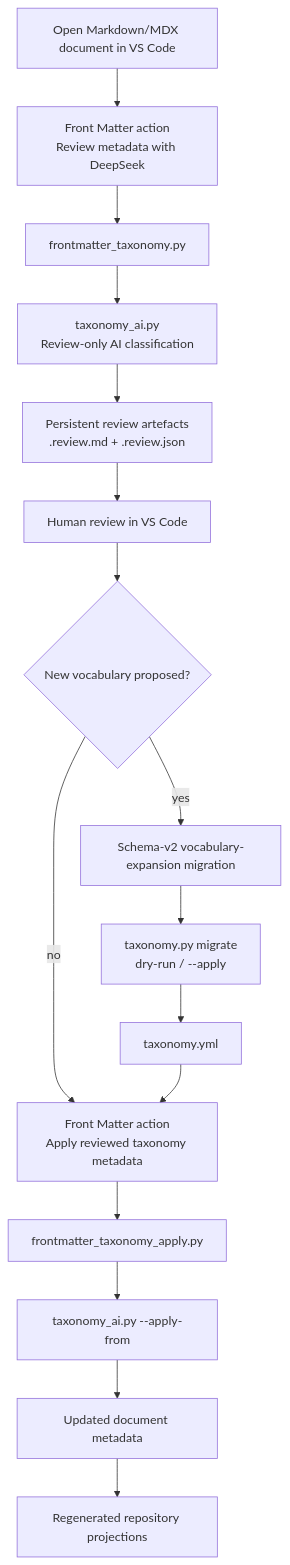
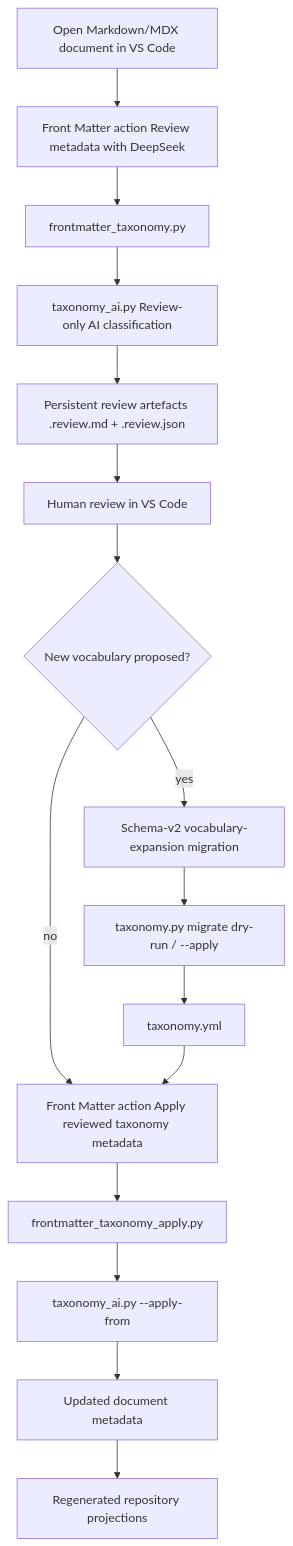
Before and after one commit to iand4096/docusaurusportfolio: the second of 2 diagrams in docs/implementation-details/taxonomy.md, drawn with Mermaid. The commit also changed other lines of this file and 3 other files, not shown here.

Commit message:
fix mermaid diagrams

````diff
--- a/docs/implementation-details/taxonomy.md
+++ b/docs/implementation-details/taxonomy.md
@@ -206,34 +206,34 @@
 ```mermaid
 flowchart TD
-    DOC["Open Markdown/MDX document in VS Code"]
-    REVIEW_ACTION["Front Matter action<br/>Review metadata with DeepSeek"]
-    WRAPPER["frontmatter_taxonomy.py"]
-    AI["taxonomy_ai.py<br/>Review-only AI classification"]
-    ARTEFACTS["Persistent review artefacts<br/>.review.md + .review.json"]
-    HUMAN["Human review in VS Code"]
-    PROPOSAL{"New vocabulary proposed?"}
-    MIGRATION["Schema-v2 vocabulary-expansion migration"]
-    ENGINE["taxonomy.py migrate<br/>dry-run / --apply"]
-    TAXONOMY["taxonomy.yml"]
-    APPLY_ACTION["Front Matter action<br/>Apply reviewed taxonomy metadata"]
-    APPLY_WRAPPER["frontmatter_taxonomy_apply.py"]
-    APPLY_FROM["taxonomy_ai.py --apply-from"]
-    UPDATED_DOC["Updated document metadata"]
-    GENERATED["Regenerated repository projections"]
+    DOC["`Open Markdown/MDX document in VS Code`"]
+    REVIEW_ACTION["`Front Matter action Review metadata with DeepSeek`"]
+    WRAPPER["`frontmatter_taxonomy.py`"]
+    AI["`taxonomy_ai.py Review-only AI classification`"]
+    ARTEFACTS["`Persistent review artefacts .review.md + .review.json`"]
+    HUMAN["`Human review in VS Code`"]
+    PROPOSAL{"`New vocabulary proposed?`"}
+    MIGRATION["`Schema-v2 vocabulary-expansion migration`"]
+    ENGINE["`taxonomy.py migrate dry-run / --apply`"]
+    TAXONOMY["`taxonomy.yml`"]
+    APPLY_ACTION["`Front Matter action Apply reviewed taxonomy metadata`"]
+    APPLY_WRAPPER["`frontmatter_taxonomy_apply.py`"]
+    APPLY_FROM["`taxonomy_ai.py --apply-from`"]
+    UPDATED_DOC["`Updated document metadata`"]
+    GENERATED["`Regenerated repository projections`"]
 
     DOC --> REVIEW_ACTION
     REVIEW_ACTION --> WRAPPER
     WRAPPER --> AI
     AI --> ARTEFACTS
     ARTEFACTS --> HUMAN
     HUMAN --> PROPOSAL
     PROPOSAL -->|"yes"| MIGRATION
     MIGRATION --> ENGINE
     ENGINE --> TAXONOMY
     PROPOSAL -->|"no"| APPLY_ACTION
     TAXONOMY --> APPLY_ACTION
     APPLY_ACTION --> APPLY_WRAPPER
     APPLY_WRAPPER --> APPLY_FROM
     APPLY_FROM --> UPDATED_DOC
     UPDATED_DOC --> GENERATED
 ```
````
